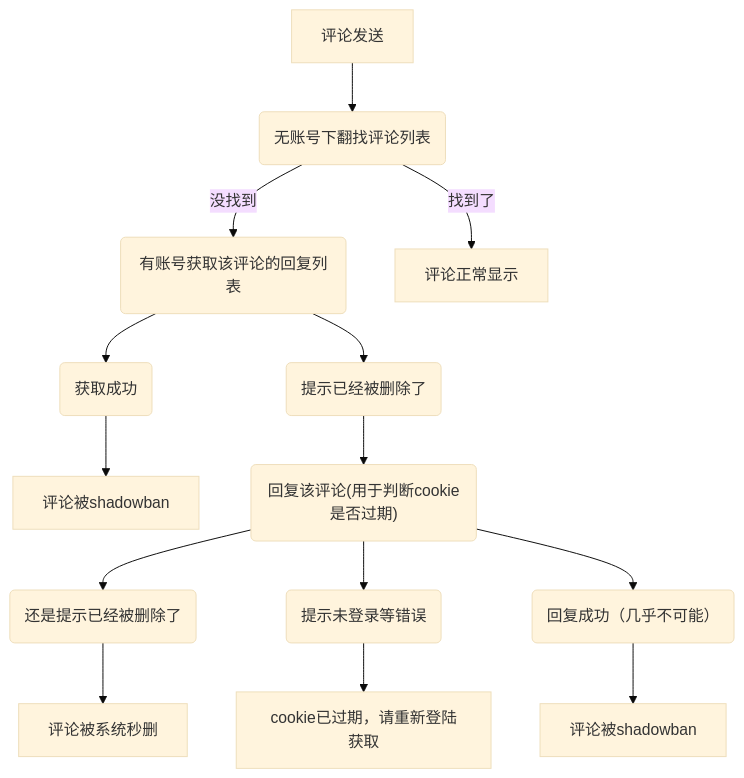
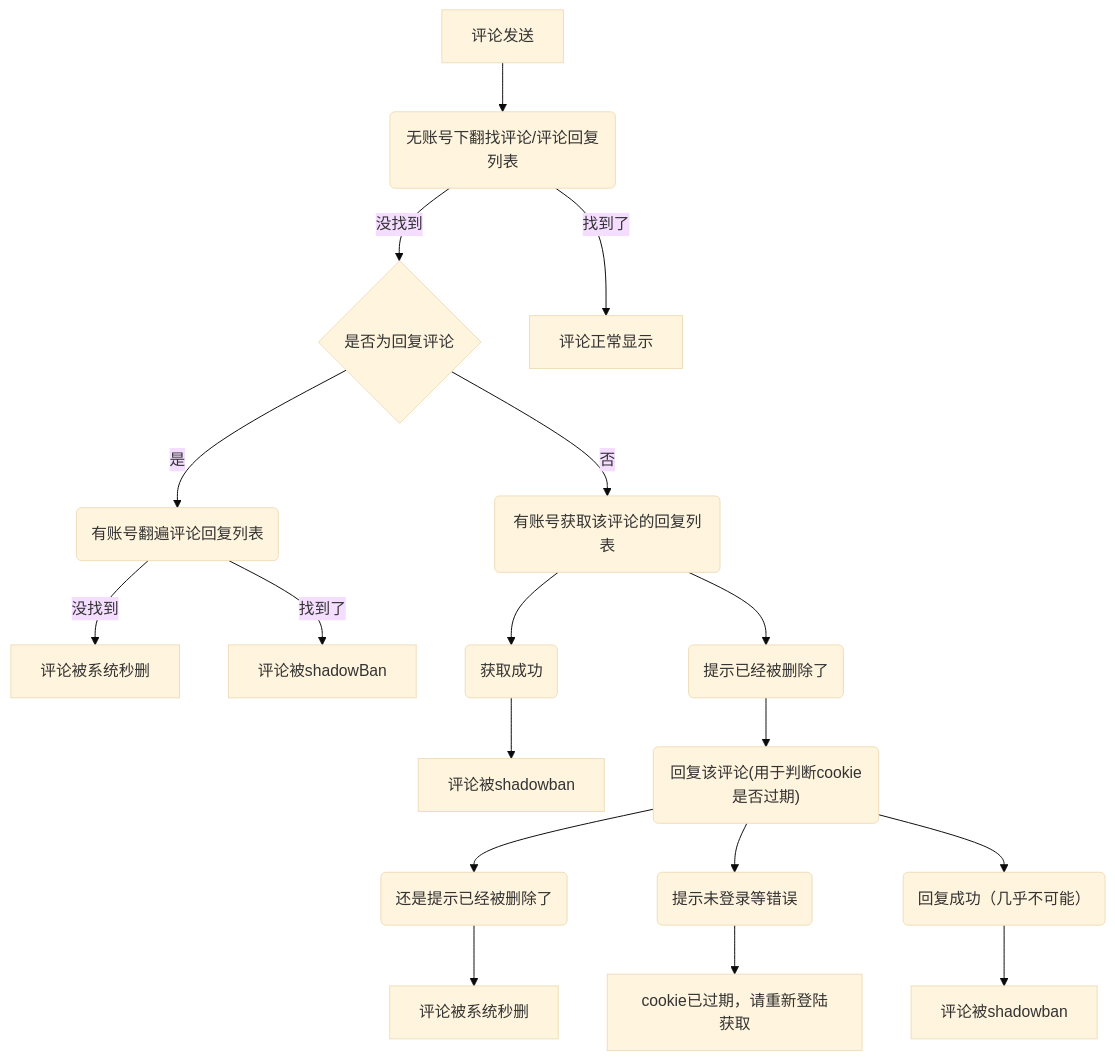
The second of 5 diagrams in README.md (boli0301/bili.libre.commit), drawn with Mermaid (base theme) before and after one commit. The commit also changed other lines of this file and 34 other files, not shown here.

````diff
--- a/README.md
+++ b/README.md
@@ -49,10 +50,14 @@
 ```mermaid
 graph TB
-    10[评论发送] --> 20(无账号下翻找评论列表)
+    10[评论发送] --> 20(无账号下翻找评论/评论回复列表)
     20 --找到了--> 400[评论正常显示]
-    20 --没找到 --> 60(有账号获取该评论的回复列表) --> 70(获取成功) --> 80[评论被shadowban]
+    20 --没找到 --> 
+    22{是否为回复评论} 
+    22 --否--> 60(有账号获取该评论的回复列表) --> 70(获取成功) --> 80[评论被shadowban]
+    22 --是--> 50(有账号翻遍评论回复列表) --没找到--> 52[评论被系统秒删]
+    50 --找到了--> 54[评论被shadowBan]
     60 --> 90(提示已经被删除了) --> 100("回复该评论(用于判断cookie是否过期)") --> 110(还是提示已经被删除了) --> 105[评论被系统秒删]
     100 --> 120(提示未登录等错误) --> 130["cookie已过期，请重新登陆获取"]
     100 --> 140("回复成功（几乎不可能）") --> 150[评论被shadowban]
     
 ```
````
